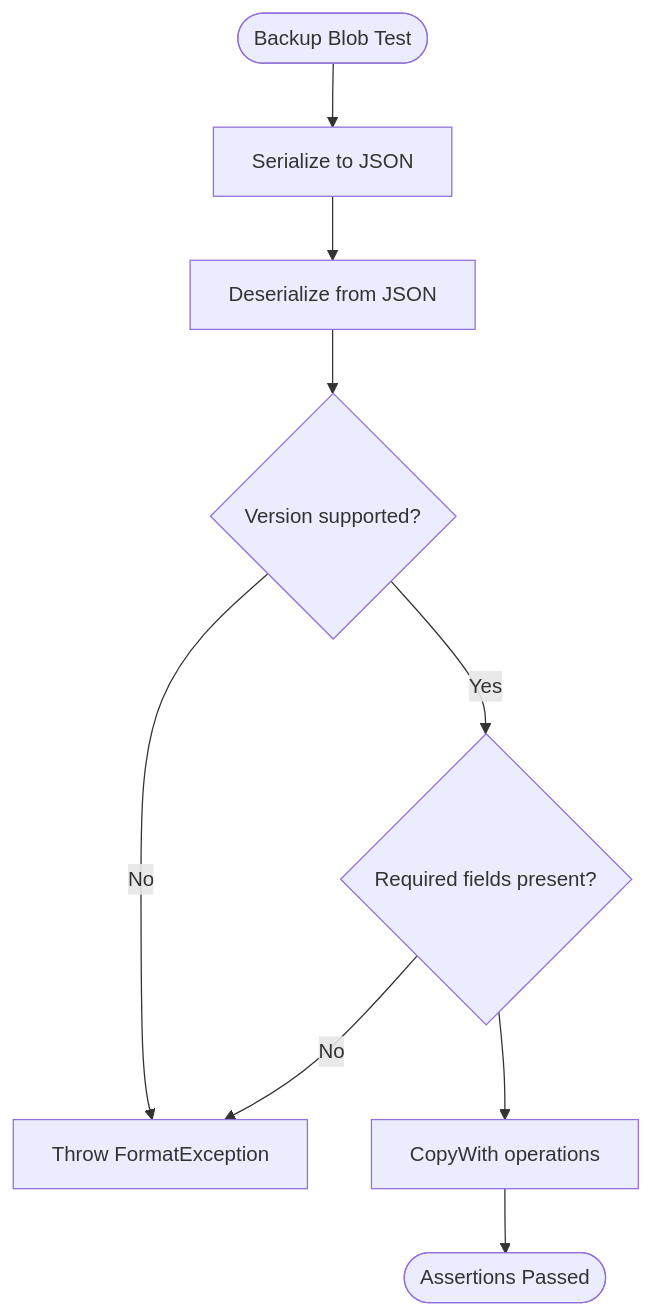
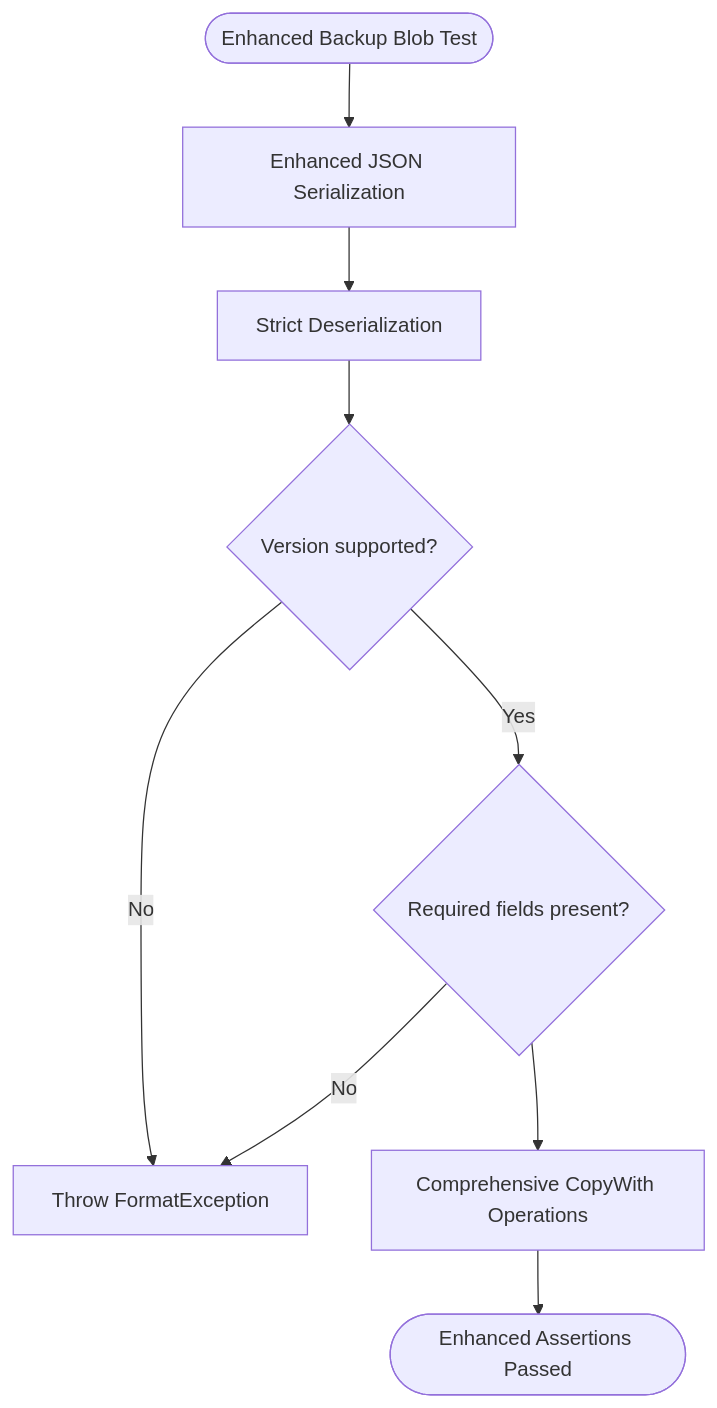
The fourth of 13 diagrams in .qoder/repowiki/en/content/Testing Strategy.md (JAaron93/StyleSync), drawn with Mermaid before and after one commit. The commit also changed other lines of this file and 36 other files, not shown here.

````diff
--- a/.qoder/repowiki/en/content/Testing Strategy.md
+++ b/.qoder/repowiki/en/content/Testing Strategy.md
@@ -234,11 +275,11 @@
 ```mermaid
 flowchart TD
-Start(["Backup Blob Test"]) --> Serialize["Serialize to JSON"]
-Serialize --> Deserialize["Deserialize from JSON"]
+Start(["Enhanced Backup Blob Test"]) --> Serialize["Enhanced JSON Serialization"]
+Serialize --> Deserialize["Strict Deserialization"]
 Deserialize --> ValidateVersion{"Version supported?"}
 ValidateVersion --> |No| ThrowFormat["Throw FormatException"]
 ValidateVersion --> |Yes| ValidateFields{"Required fields present?"}
 ValidateFields --> |No| ThrowFormat
-ValidateFields --> CopyOps["CopyWith operations"]
-CopyOps --> End(["Assertions Passed"])
+ValidateFields --> CopyOps["Comprehensive CopyWith Operations"]
+CopyOps --> End(["Enhanced Assertions Passed"])
 ```
````
